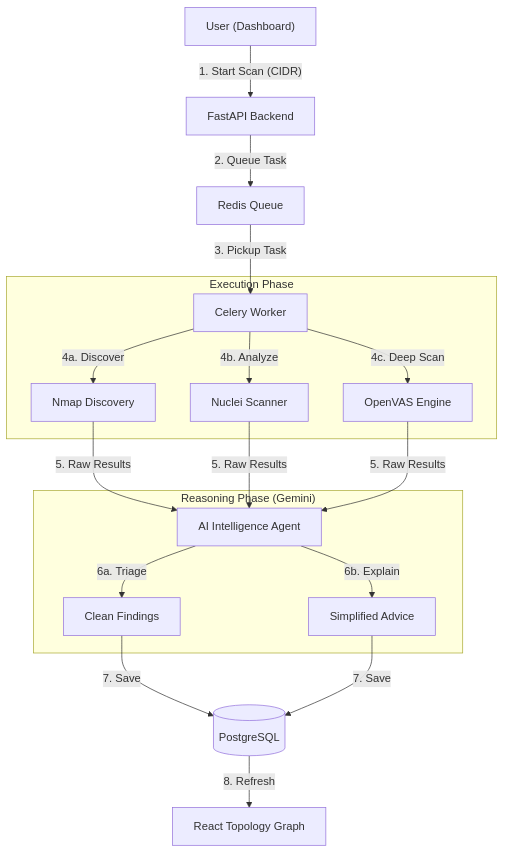
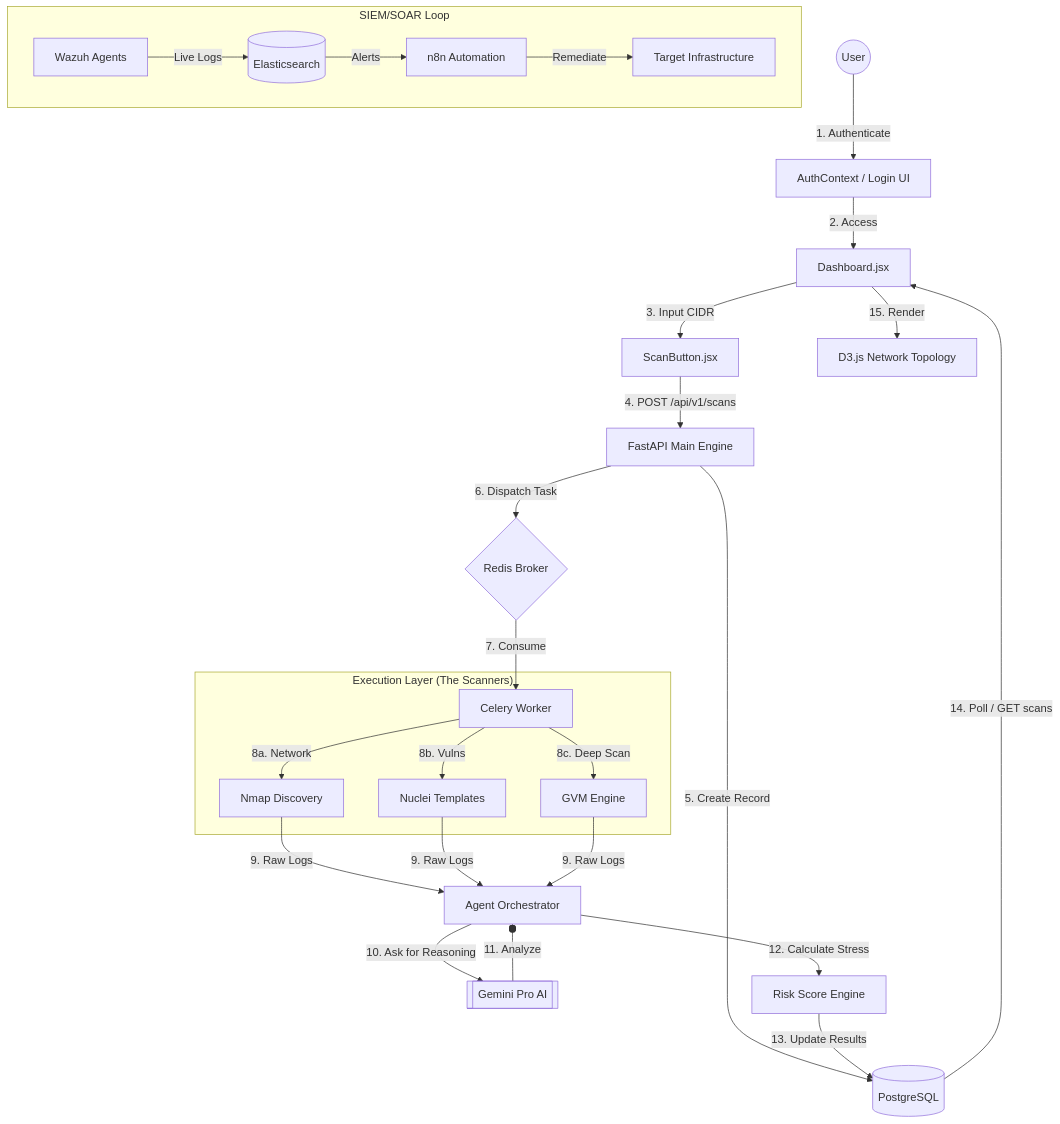
The diagram in PROJECT_WORKFLOW_PRESENTATION.md (MazenAlaa305/ORCHESTRATION-SECURITY-CENTER), drawn with Mermaid before and after one commit. The commit also changed other lines of this file, not shown here.

Commit message:
docs: expand workflow documentation with granular flowchart and detailed logic

````diff
--- a/PROJECT_WORKFLOW_PRESENTATION.md
+++ b/PROJECT_WORKFLOW_PRESENTATION.md
@@ -6,22 +6,39 @@
 ```mermaid
 graph TD
-    User["User (Dashboard)"] -- "1. Start Scan (CIDR)" --> API["FastAPI Backend"]
-    API -- "2. Queue Task" --> Redis["Redis Queue"]
-    Redis -- "3. Pickup Task" --> Celery["Celery Worker"]
+    %% User Interaction Layer
+    User((User)) -->|1. Authenticate| Login[AuthContext / Login UI]
+    Login -->|2. Access| Dash[Dashboard.jsx]
+    Dash -->|3. Input CIDR| ScanBtn[ScanButton.jsx]
+
+    %% API & Backend Orchestration
+    ScanBtn -->|4. POST /api/v1/scans| FastAPI[FastAPI Main Engine]
+    FastAPI -->|5. Create Record| DB[(PostgreSQL)]
+    FastAPI -->|6. Dispatch Task| Redis{Redis Broker}
+    Redis -->|7. Consume| Worker[Celery Worker]
+
+    %% Security Execution Layer (Parallel Scans)
+    subgraph "Execution Layer (The Scanners)"
+        Worker -->|8a. Network| Nmap[Nmap Discovery]
+        Worker -->|8b. Vulns| Nuclei[Nuclei Templates]
+        Worker -->|8c. Deep Scan| OpenVAS[GVM Engine]
+    end
+
+    %% Data Synthesis and AI Reasoning
+    Nmap & Nuclei & OpenVAS -->|9. Raw Logs| Orchestrator[Agent Orchestrator]
+    Orchestrator -->|10. Ask for Reasoning| Gemini[[Gemini Pro AI]]
+    Gemini --o|11. Analyze| Orchestrator
     
-    subgraph "Execution Phase"
-        Celery -- "4a. Discover" --> Nmap["Nmap Discovery"]
-        Celery -- "4b. Analyze" --> Nuclei["Nuclei Scanner"]
-        Celery -- "4c. Deep Scan" --> OpenVAS["OpenVAS Engine"]
+    Orchestrator -->|12. Calculate Stress| RiskEngine[Risk Score Engine]
+    
+    %% Storage & UI Update
+    RiskEngine -->|13. Update Results| DB
+    DB -->|14. Poll / GET scans| Dash
+    Dash -->|15. Render| Topology[D3.js Network Topology]
+
+    %% Real-time Monitoring & SOAR
+    subgraph "SIEM/SOAR Loop"
+        Sensors[Wazuh Agents] -->|Live Logs| ES[(Elasticsearch)]
+        ES -->|Alerts| SOAR[n8n Automation]
+        SOAR -->|Remediate| Nodes[Target Infrastructure]
     end
-    
-    Nmap & Nuclei & OpenVAS -- "5. Raw Results" --> Agent["AI Intelligence Agent"]
-    
-    subgraph "Reasoning Phase (Gemini)"
-        Agent -- "6a. Triage" --> Clean["Clean Findings"]
-        Agent -- "6b. Explain" --> Docs["Simplified Advice"]
-    end
-    
-    Clean & Docs -- "7. Save" --> DB[(PostgreSQL)]
-    DB -- "8. Refresh" --> UI["React Topology Graph"]
 ```
````
